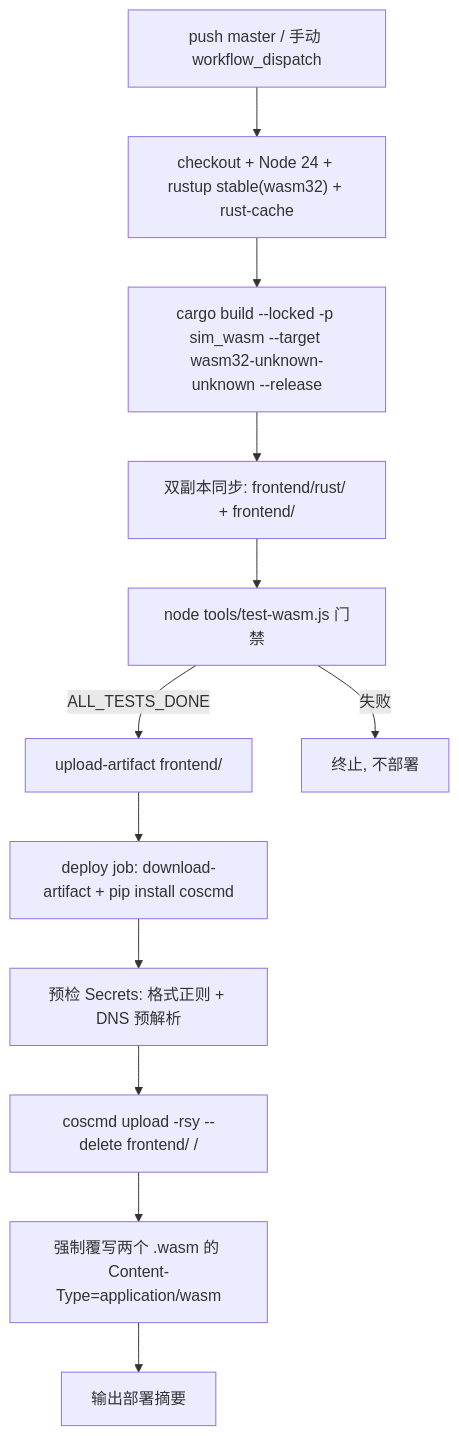
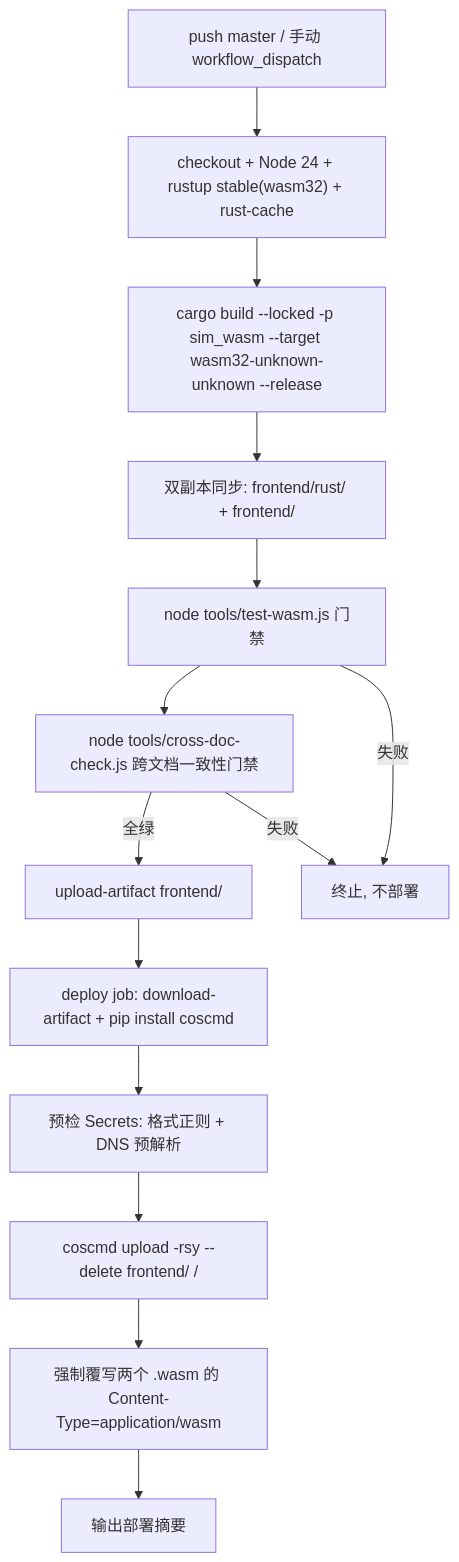
The diagram in docs/04-cicd-guide.md (g39088902/FlowAndAccord), drawn with Mermaid before and after one commit. The commit also changed other lines of this file and 31 other files, not shown here.

````diff
--- a/docs/04-cicd-guide.md
+++ b/docs/04-cicd-guide.md
@@ -11,14 +11,16 @@
 ```mermaid
 graph TD
     A["push master / 手动 workflow_dispatch"] --> B["checkout + Node 24 + rustup stable(wasm32) + rust-cache"]
     B --> C["cargo build --locked -p sim_wasm --target wasm32-unknown-unknown --release"]
     C --> D["双副本同步: frontend/rust/ + frontend/"]
     D --> E["node tools/test-wasm.js 门禁"]
-    E -->|ALL_TESTS_DONE| F["upload-artifact frontend/"]
+    E --> E1["node tools/cross-doc-check.js 跨文档一致性门禁"]
+    E1 -->|全绿| F["upload-artifact frontend/"]
     F --> G["deploy job: download-artifact + pip install coscmd"]
     G --> H["预检 Secrets: 格式正则 + DNS 预解析"]
     H --> I["coscmd upload -rsy --delete frontend/ /"]
     I --> J["强制覆写两个 .wasm 的 Content-Type=application/wasm"]
     J --> K["输出部署摘要"]
     E -->|失败| L["终止, 不部署"]
+    E1 -->|失败| L
 ```
````
